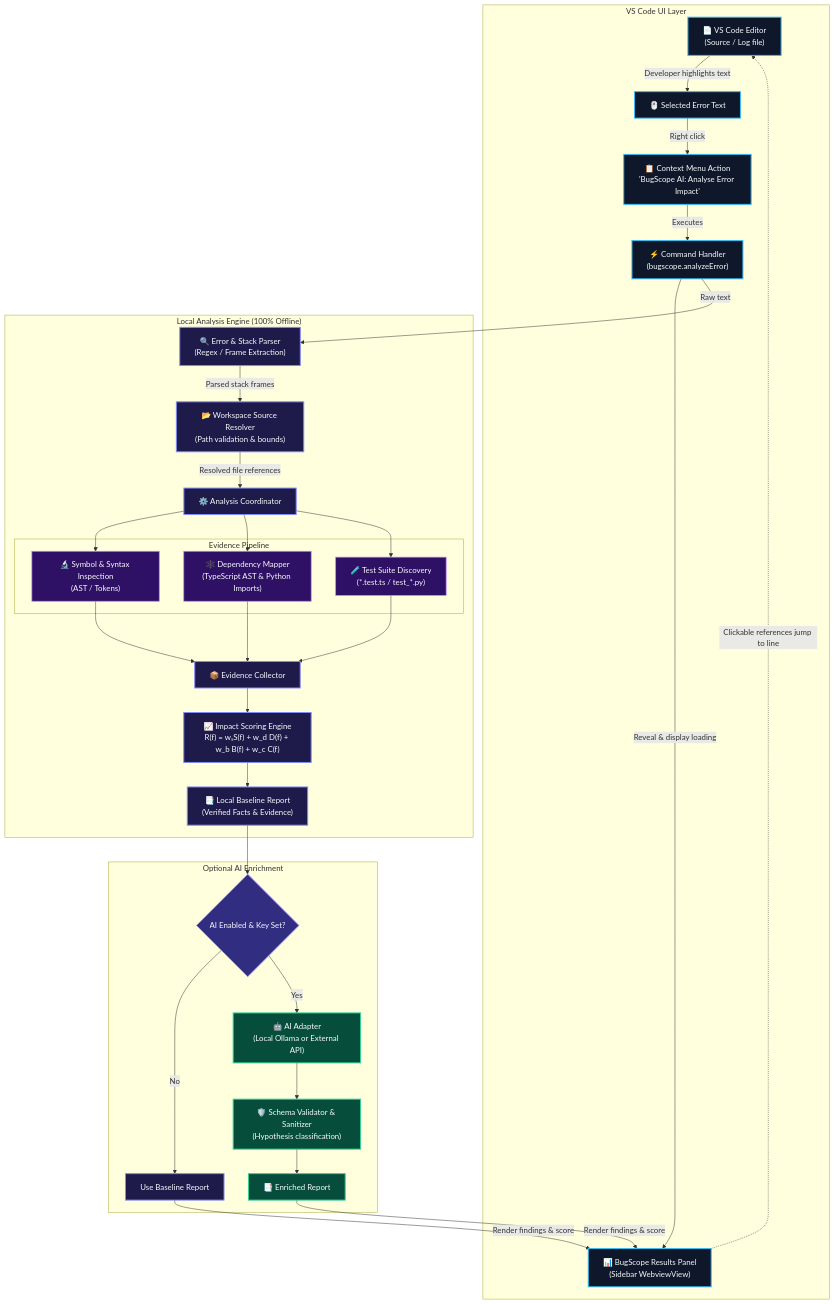
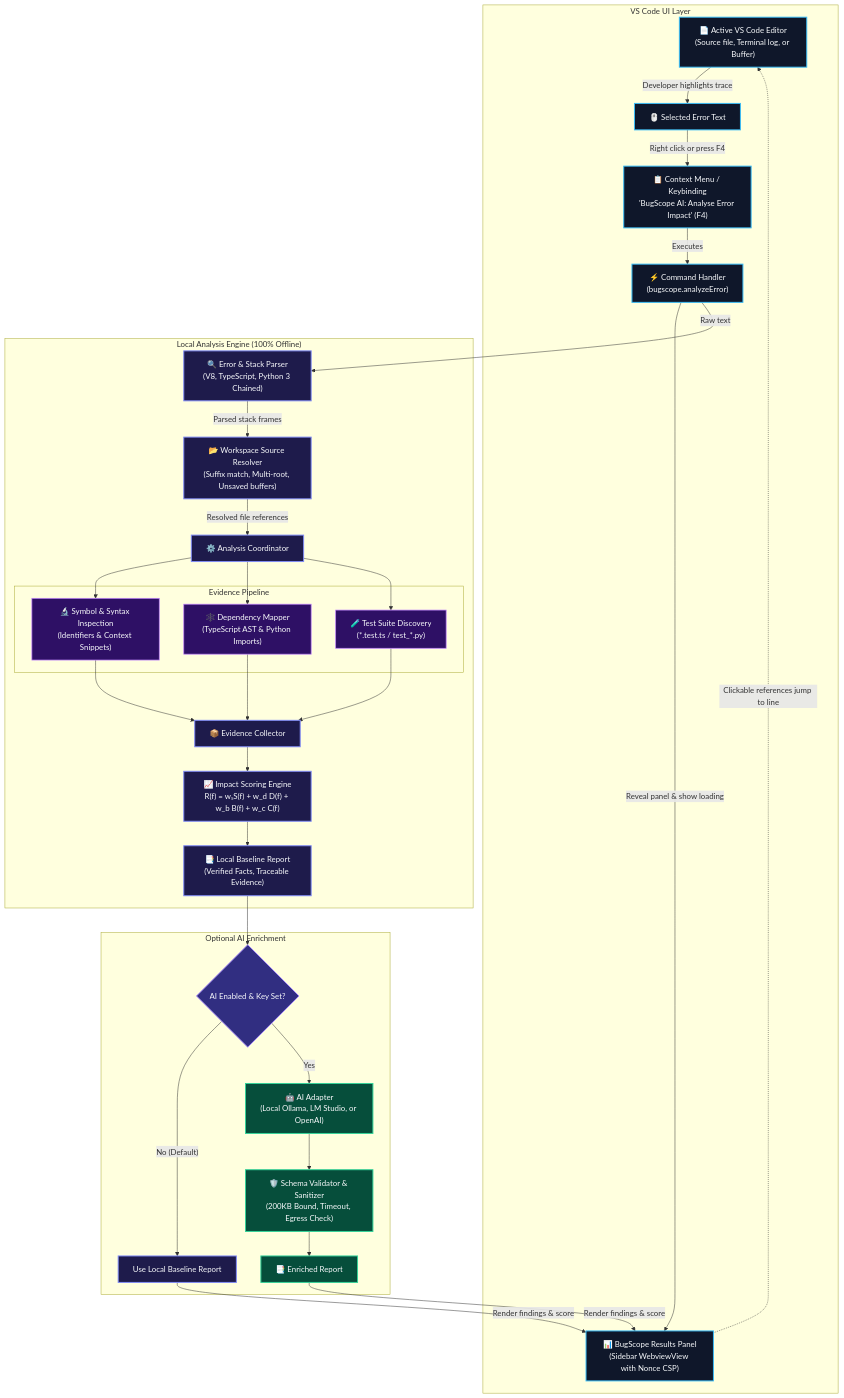
Before and after one commit to saranraj1/BugScope-AI: the diagram in README.md, drawn with Mermaid. The commit also changed other lines of this file, not shown here.

Commit message:
docs: comprehensively enrich README with architecture, formulas, capabilities, security, and usage guides

````diff
--- a/README.md
+++ b/README.md
@@ -58,66 +53,66 @@
 ```mermaid
 flowchart TD
     subgraph UI ["VS Code UI Layer"]
-        Editor["📄 VS Code Editor<br/>(Source / Log file)"]
+        Editor["📄 Active VS Code Editor<br/>(Source file, Terminal log, or Buffer)"]
         Selection["🖱️ Selected Error Text"]
-        Menu["📋 Context Menu Action<br/>'BugScope AI: Analyse Error Impact'"]
+        Menu["📋 Context Menu / Keybinding<br/>'BugScope AI: Analyse Error Impact' (F4)"]
         CmdHandler["⚡ Command Handler<br/>(bugscope.analyzeError)"]
-        ResultsView["📊 BugScope Results Panel<br/>(Sidebar WebviewView)"]
+        ResultsView["📊 BugScope Results Panel<br/>(Sidebar WebviewView with Nonce CSP)"]
 
-        Editor -->|"Developer highlights text"| Selection
-        Selection -->|"Right click"| Menu
+        Editor -->|"Developer highlights trace"| Selection
+        Selection -->|"Right click or press F4"| Menu
         Menu -->|"Executes"| CmdHandler
-        CmdHandler -->|"Reveal & display loading"| ResultsView
+        CmdHandler -->|"Reveal panel & show loading"| ResultsView
     end
 
     subgraph Core ["Local Analysis Engine (100% Offline)"]
-        ErrorParser["🔍 Error & Stack Parser<br/>(Regex / Frame Extraction)"]
-        SourceResolver["📂 Workspace Source Resolver<br/>(Path validation & bounds)"]
+        ErrorParser["🔍 Error & Stack Parser<br/>(V8, TypeScript, Python 3 Chained)"]
+        SourceResolver["📂 Workspace Source Resolver<br/>(Suffix match, Multi-root, Unsaved buffers)"]
         LocalEngine["⚙️ Analysis Coordinator"]
 
         CmdHandler -->|"Raw text"| ErrorParser
         ErrorParser -->|"Parsed stack frames"| SourceResolver
         SourceResolver -->|"Resolved file references"| LocalEngine
 
         subgraph Pipeline ["Evidence Pipeline"]
-            SymbolInspection["🔬 Symbol & Syntax Inspection<br/>(AST / Tokens)"]
+            SymbolInspection["🔬 Symbol & Syntax Inspection<br/>(Identifiers & Context Snippets)"]
             DepAnalysis["🕸️ Dependency Mapper<br/>(TypeScript AST & Python Imports)"]
             TestDiscovery["🧪 Test Suite Discovery<br/>(*.test.ts / test_*.py)"]
         end
 
         LocalEngine --> SymbolInspection
         LocalEngine --> DepAnalysis
         LocalEngine --> TestDiscovery
 
         SymbolInspection --> EvidenceCollector["📦 Evidence Collector"]
         DepAnalysis --> EvidenceCollector
         TestDiscovery --> EvidenceCollector
 
         EvidenceCollector --> ImpactRanker["📈 Impact Scoring Engine<br/>R(f) = wₛS(f) + w_d D(f) + w_b B(f) + w_c C(f)"]
-        ImpactRanker --> LocalReport["📑 Local Baseline Report<br/>(Verified Facts & Evidence)"]
+        ImpactRanker --> LocalReport["📑 Local Baseline Report<br/>(Verified Facts, Traceable Evidence)"]
     end
 
     subgraph AI ["Optional AI Enrichment"]
         LocalReport --> CheckAI{"AI Enabled & Key Set?"}
-        CheckAI -->|"No"| RenderLocal["Use Baseline Report"]
-        CheckAI -->|"Yes"| AIAdapter["🤖 AI Adapter<br/>(Local Ollama or External API)"]
-        AIAdapter --> ValidateEnrichment["🛡️ Schema Validator & Sanitizer<br/>(Hypothesis classification)"]
+        CheckAI -->|"No (Default)"| RenderLocal["Use Local Baseline Report"]
+        CheckAI -->|"Yes"| AIAdapter["🤖 AI Adapter<br/>(Local Ollama, LM Studio, or OpenAI)"]
+        AIAdapter --> ValidateEnrichment["🛡️ Schema Validator & Sanitizer<br/>(200KB Bound, Timeout, Egress Check)"]
         ValidateEnrichment --> CombinedReport["📑 Enriched Report"]
     end
 
     RenderLocal -->|"Render findings & score"| ResultsView
     CombinedReport -->|"Render findings & score"| ResultsView
     ResultsView -.->|"Clickable references jump to line"| Editor
 
     classDef ui fill:#0f172a,stroke:#38bdf8,stroke-width:2px,color:#f8fafc;
     classDef core fill:#1e1b4b,stroke:#818cf8,stroke-width:2px,color:#f8fafc;
     classDef pipe fill:#2e1065,stroke:#c084fc,stroke-width:1.5px,color:#f8fafc;
     classDef ai fill:#064e3b,stroke:#34d399,stroke-width:2px,color:#f8fafc;
     classDef decision fill:#312e81,stroke:#a78bfa,stroke-width:2px,color:#f8fafc;
 
     class Editor,Selection,Menu,CmdHandler,ResultsView ui;
     class ErrorParser,SourceResolver,LocalEngine,EvidenceCollector,ImpactRanker,LocalReport,RenderLocal core;
     class SymbolInspection,DepAnalysis,TestDiscovery pipe;
     class AIAdapter,ValidateEnrichment,CombinedReport ai;
     class CheckAI decision;
 ```
````
